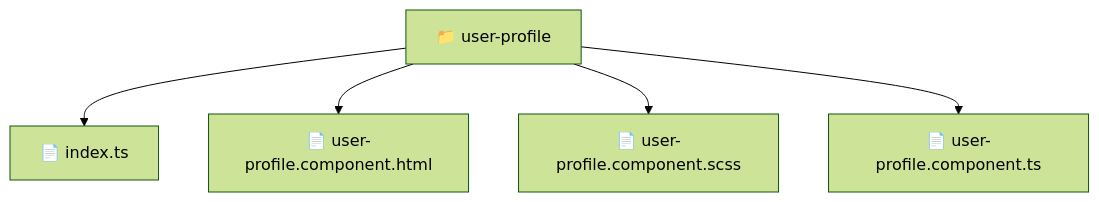
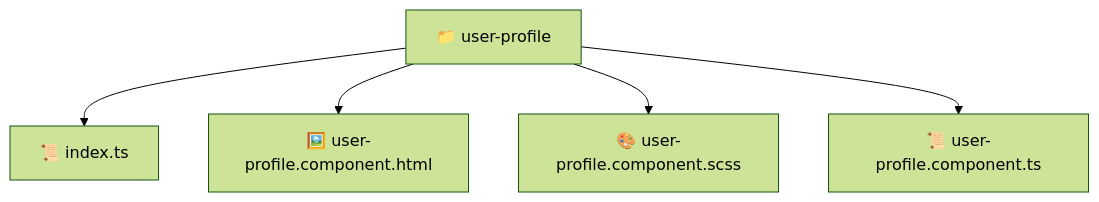
The diagram in frontend/src/pages/user-profile/README.md (beginwebdev2002/fullstack-mavluda), drawn with Mermaid (forest theme) before and after one commit. The commit also changed other lines of this file and 163 other files, not shown here.

````diff
--- a/frontend/src/pages/user-profile/README.md
+++ b/frontend/src/pages/user-profile/README.md
@@ -11,8 +11,8 @@
 ```mermaid
 graph TD
-  Root["📁 user-profile"]
-  Root --> index_ts["📄 index.ts"]
-  Root --> user_profile_component_html["📄 user-profile.component.html"]
-  Root --> user_profile_component_scss["📄 user-profile.component.scss"]
-  Root --> user_profile_component_ts["📄 user-profile.component.ts"]
+  user_profile["📁 user-profile"]
+  user_profile --> index_ts["📜 index.ts"]
+  user_profile --> user_profile_component_html["🖼️ user-profile.component.html"]
+  user_profile --> user_profile_component_scss["🎨 user-profile.component.scss"]
+  user_profile --> user_profile_component_ts["📜 user-profile.component.ts"]
 ```
````
